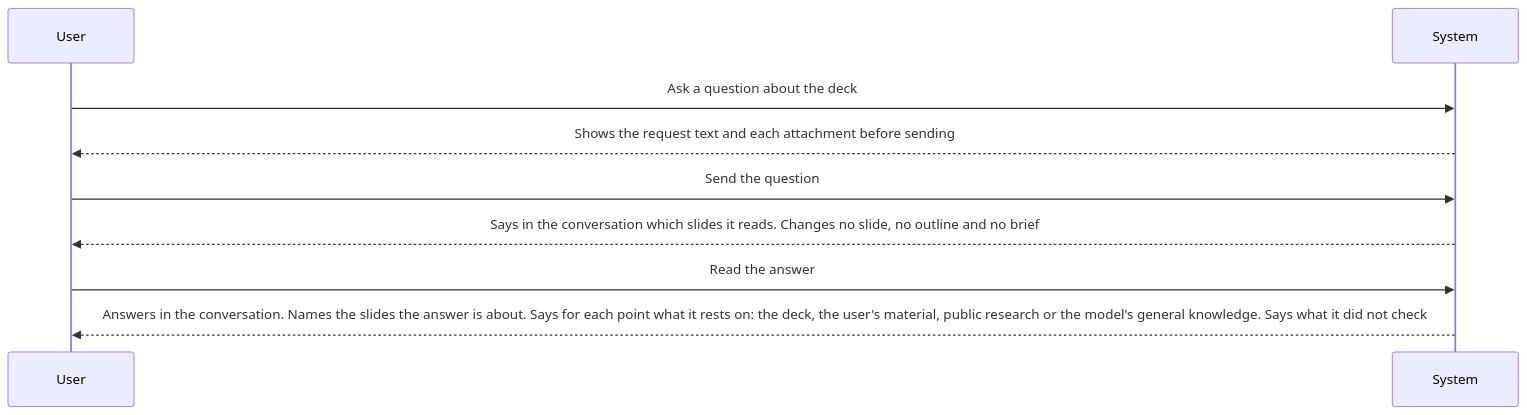
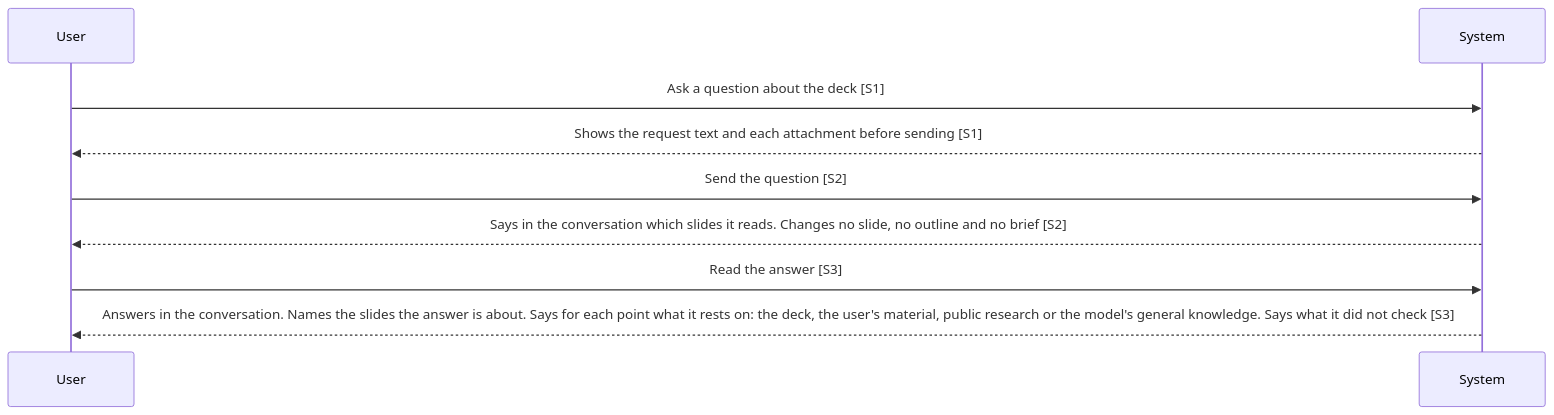
One commit to Luke23127006/DeckAgent changed the diagram in dev/mvp/spec/02-use-cases/UC-009.md. Above: the diagram before and after it, drawn with Mermaid. The commit also changed 14 other files, not shown here.

First line of the commit message:
docs(spec): tag use case diagram messages with their step ID

````diff
--- a/dev/mvp/spec/02-use-cases/UC-009.md
+++ b/dev/mvp/spec/02-use-cases/UC-009.md
@@ -15,11 +15,11 @@
 ```mermaid
 sequenceDiagram
   participant U as User
   participant S as System
-  U->>S: Ask a question about the deck
-  S-->>U: Shows the request text and each attachment before sending
-  U->>S: Send the question
-  S-->>U: Says in the conversation which slides it reads. Changes no slide, no outline and no brief
-  U->>S: Read the answer
-  S-->>U: Answers in the conversation. Names the slides the answer is about. Says for each point what it rests on: the deck, the user's material, public research or the model's general knowledge. Says what it did not check
+  U->>S: Ask a question about the deck [S1]
+  S-->>U: Shows the request text and each attachment before sending [S1]
+  U->>S: Send the question [S2]
+  S-->>U: Says in the conversation which slides it reads. Changes no slide, no outline and no brief [S2]
+  U->>S: Read the answer [S3]
+  S-->>U: Answers in the conversation. Names the slides the answer is about. Says for each point what it rests on: the deck, the user's material, public research or the model's general knowledge. Says what it did not check [S3]
 ```
````
